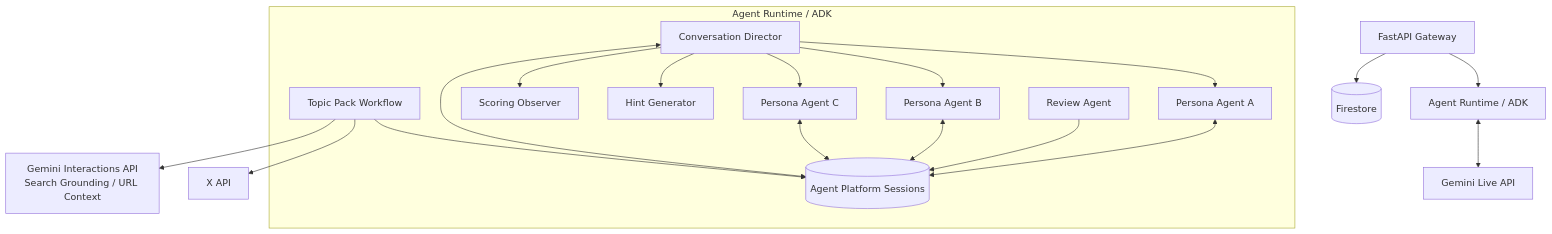
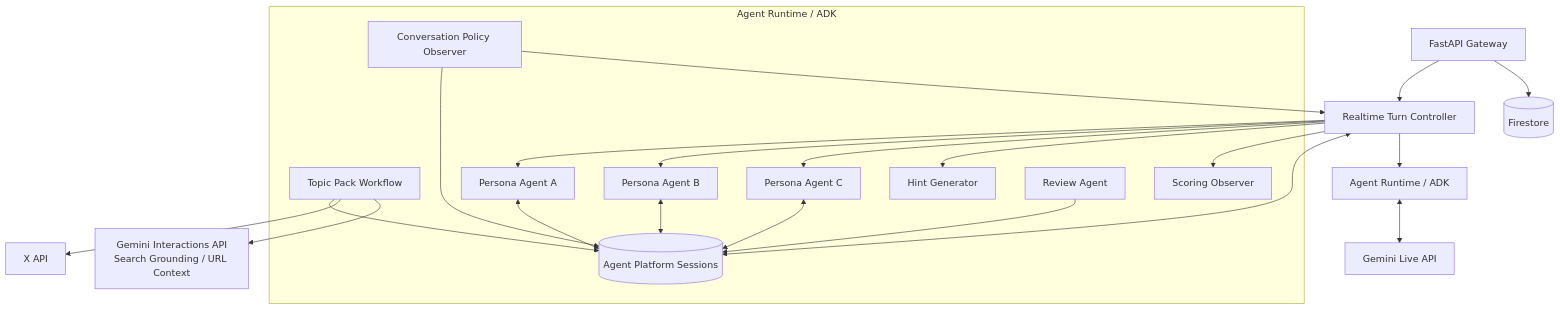
One commit to tasugiya/real_conversation_agents changed the first of 2 diagrams in docs/backend/03_AGENT_ORCHESTRATION_DRAFT.md. Above: the diagram before and after it, drawn with Mermaid. The commit also changed other lines of this file and 2 other files, not shown here.

````diff
--- a/docs/backend/03_AGENT_ORCHESTRATION_DRAFT.md
+++ b/docs/backend/03_AGENT_ORCHESTRATION_DRAFT.md
@@ -35,33 +39,36 @@
 ```mermaid
 flowchart TD
-    API[FastAPI Gateway] --> Runtime[Agent Runtime / ADK]
+    API[FastAPI Gateway] --> RTC[Realtime Turn Controller]
+    RTC --> Runtime[Agent Runtime / ADK]
 
     subgraph RuntimeBox[Agent Runtime / ADK]
       TPW[Topic Pack Workflow]
-      CD[Conversation Director]
       PA[Persona Agent A]
       PB[Persona Agent B]
       PC[Persona Agent C]
+      CPO[Conversation Policy Observer]
       SO[Scoring Observer]
       HG[Hint Generator]
       RA[Review Agent]
       APS[(Agent Platform Sessions)]
     end
 
     TPW --> APS
-    CD --> PA
-    CD --> PB
-    CD --> PC
-    CD --> HG
-    CD --> SO
+    RTC --> PA
+    RTC --> PB
+    RTC --> PC
+    RTC --> HG
+    RTC --> SO
+    CPO --> APS
+    CPO --> RTC
     RA --> APS
     PA <--> APS
     PB <--> APS
     PC <--> APS
-    CD <--> APS
+    RTC <--> APS
 
     Runtime <--> Live[Gemini Live API]
     TPW --> XAPI[X API]
     TPW --> Interactions[Gemini Interactions API<br/>Search Grounding / URL Context]
     API --> FS[(Firestore)]
 ```
````
